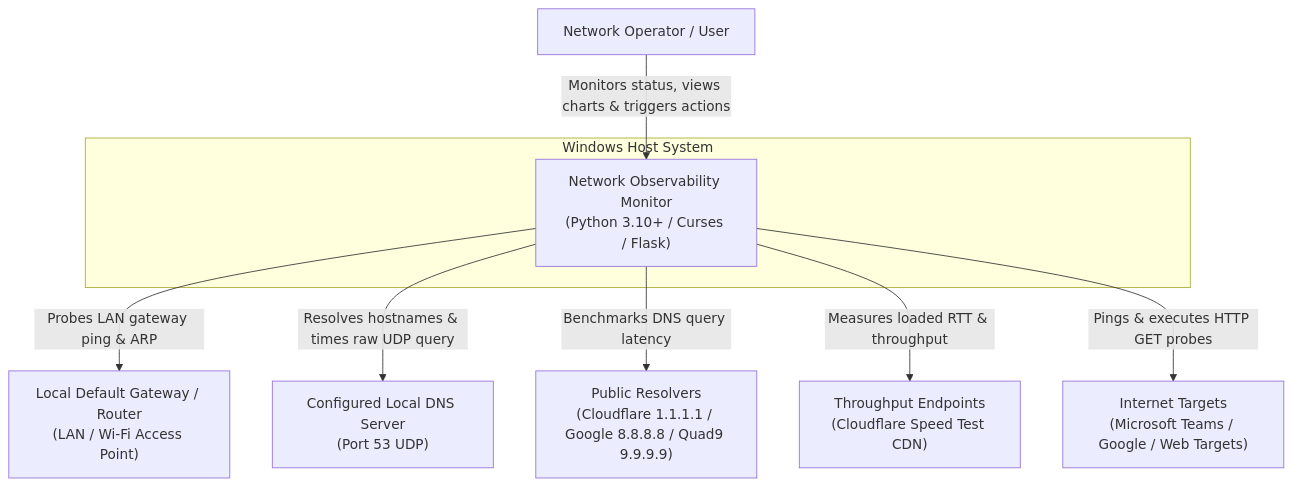
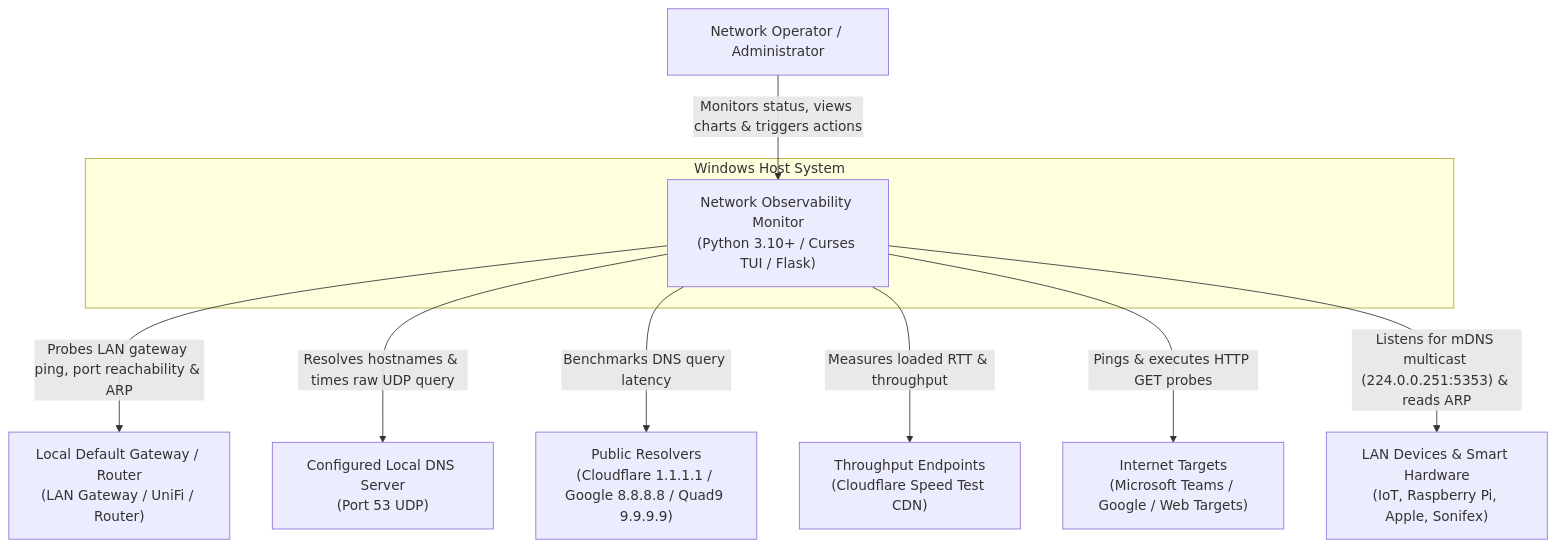
The first of 3 diagrams in README.md (markbac/NetworkMonitor), drawn with Mermaid before and after one commit. The commit also changed other lines of this file and 4 other files, not shown here.

Commit message:
Add mDNS discovery, LAN ARP neighbor scanning, Path MTU diagnostics, and tabbed Web UI

````diff
--- a/README.md
+++ b/README.md
@@ -84,21 +86,23 @@
 ```mermaid
 flowchart TD
-    User["Network Operator / User"]
+    User["Network Operator / Administrator"]
     
     subgraph SystemBoundary["Windows Host System"]
-        NetMon["Network Observability Monitor\n(Python 3.10+ / Curses / Flask)"]
+        NetMon["Network Observability Monitor\n(Python 3.10+ / Curses TUI / Flask)"]
     end
     
-    Gateway["Local Default Gateway / Router\n(LAN / Wi-Fi Access Point)"]
+    Gateway["Local Default Gateway / Router\n(LAN Gateway / UniFi / Router)"]
     DNS_Server["Configured Local DNS Server\n(Port 53 UDP)"]
     Public_DNS["Public Resolvers\n(Cloudflare 1.1.1.1 / Google 8.8.8.8 / Quad9 9.9.9.9)"]
     Speed_Endpoints["Throughput Endpoints\n(Cloudflare Speed Test CDN)"]
     Remote_Targets["Internet Targets\n(Microsoft Teams / Google / Web Targets)"]
+    LanDevices["LAN Devices & Smart Hardware\n(IoT, Raspberry Pi, Apple, Sonifex)"]
 
     User -->|"Monitors status, views charts & triggers actions"| NetMon
-    NetMon -->|"Probes LAN gateway ping & ARP"| Gateway
+    NetMon -->|"Probes LAN gateway ping, port reachability & ARP"| Gateway
     NetMon -->|"Resolves hostnames & times raw UDP query"| DNS_Server
     NetMon -->|"Benchmarks DNS query latency"| Public_DNS
     NetMon -->|"Measures loaded RTT & throughput"| Speed_Endpoints
     NetMon -->|"Pings & executes HTTP GET probes"| Remote_Targets
+    NetMon -->|"Listens for mDNS multicast (224.0.0.251:5353) & reads ARP"| LanDevices
 ```
````
